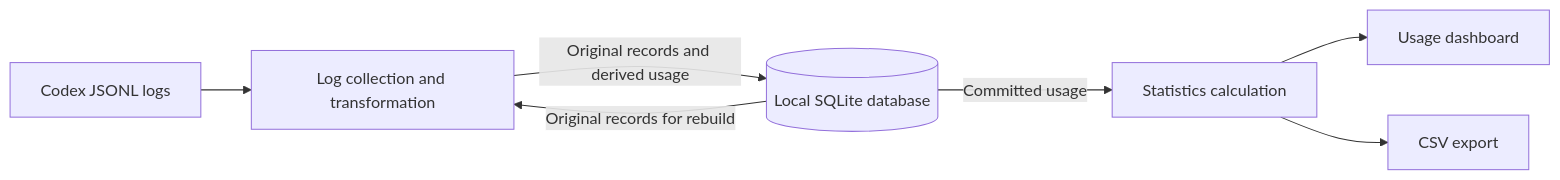
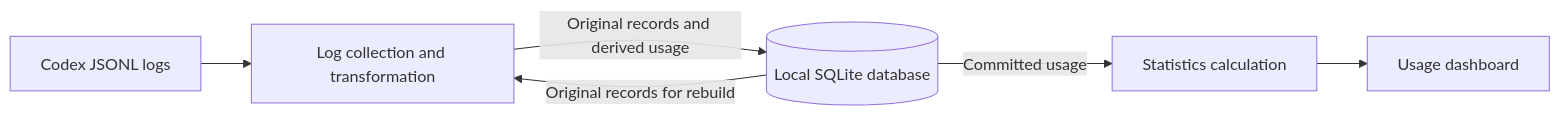
The diagram in specification/02-architecture/02-design/000-system-overview.md (xtrmstep/codex-stats-analyzer), drawn with Mermaid before and after one commit. The commit also changed other lines of this file, not shown here.

Commit message:
system-overview: remove CSV export

````diff
--- a/specification/02-architecture/02-design/000-system-overview.md
+++ b/specification/02-architecture/02-design/000-system-overview.md
@@ -5,9 +5,8 @@
 ```mermaid
 flowchart LR
     Logs[Codex JSONL logs] --> Import[Log collection and transformation]
     Import -->|Original records and derived usage| DB[(Local SQLite database)]
     DB -->|Original records for rebuild| Import
     DB -->|Committed usage| Stats[Statistics calculation]
     Stats --> Dashboard[Usage dashboard]
-    Stats --> Export[CSV export]
 ```
````
